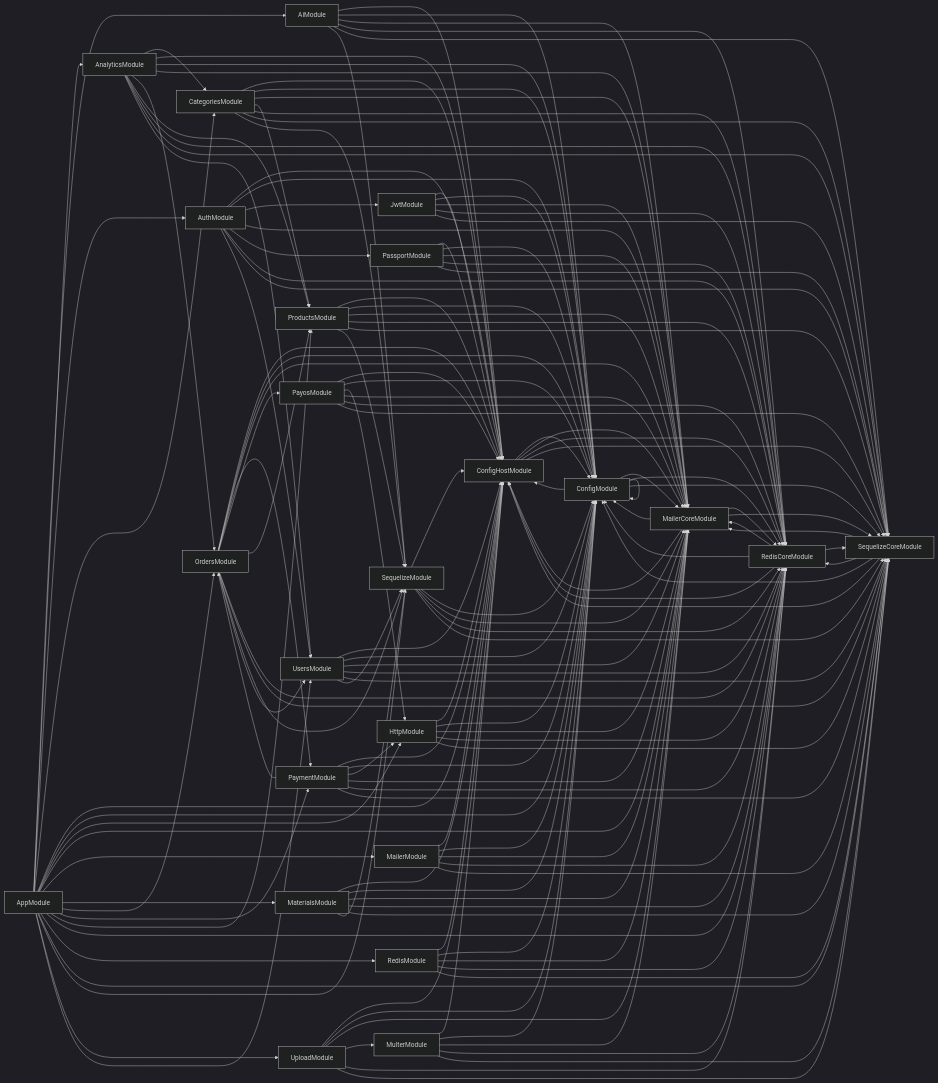
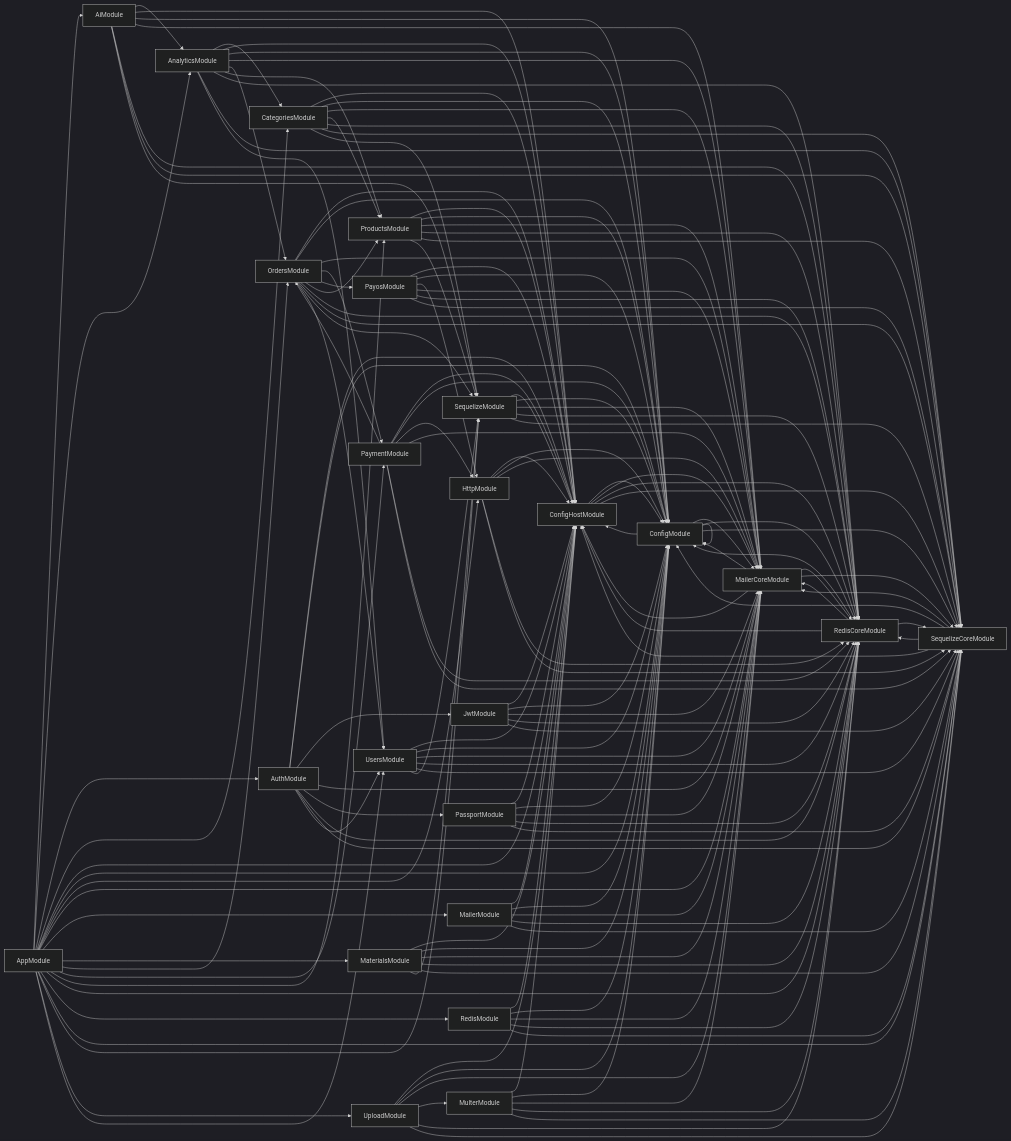
Before and after one commit to csc13001-kafi/csc13001-kafi-server: the diagram in deps.mermaid, drawn with Mermaid (dark theme). The commit also changed 5 other files, not shown here.

```diff
--- a/deps.mermaid
+++ b/deps.mermaid
@@ -1,153 +1,154 @@
 graph LR
-    AiModule-->ConfigHostModule
+    AiModule-->AnalyticsModule
+  AiModule-->ConfigHostModule
   AiModule-->ConfigModule
   AiModule-->MailerCoreModule
   AiModule-->RedisCoreModule
   AiModule-->SequelizeCoreModule
   AiModule-->SequelizeModule
   AnalyticsModule-->CategoriesModule
   AnalyticsModule-->ConfigHostModule
   AnalyticsModule-->ConfigModule
   AnalyticsModule-->MailerCoreModule
   AnalyticsModule-->OrdersModule
   AnalyticsModule-->ProductsModule
   AnalyticsModule-->RedisCoreModule
   AnalyticsModule-->SequelizeCoreModule
   AnalyticsModule-->UsersModule
   AppModule-->AiModule
   AppModule-->AnalyticsModule
   AppModule-->AuthModule
   AppModule-->CategoriesModule
   AppModule-->ConfigHostModule
   AppModule-->ConfigModule
   AppModule-->HttpModule
   AppModule-->MailerCoreModule
   AppModule-->MailerModule
   AppModule-->MaterialsModule
   AppModule-->OrdersModule
   AppModule-->PaymentModule
   AppModule-->ProductsModule
   AppModule-->RedisCoreModule
   AppModule-->RedisModule
   AppModule-->SequelizeCoreModule
   AppModule-->SequelizeModule
   AppModule-->UploadModule
   AppModule-->UsersModule
   AuthModule-->ConfigHostModule
   AuthModule-->ConfigModule
   AuthModule-->JwtModule
   AuthModule-->MailerCoreModule
   AuthModule-->PassportModule
   AuthModule-->RedisCoreModule
   AuthModule-->SequelizeCoreModule
   AuthModule-->UsersModule
   CategoriesModule-->ConfigHostModule
   CategoriesModule-->ConfigModule
   CategoriesModule-->MailerCoreModule
   CategoriesModule-->ProductsModule
   CategoriesModule-->RedisCoreModule
   CategoriesModule-->SequelizeCoreModule
   CategoriesModule-->SequelizeModule
   ConfigHostModule-->ConfigModule
   ConfigHostModule-->MailerCoreModule
   ConfigHostModule-->RedisCoreModule
   ConfigHostModule-->SequelizeCoreModule
   ConfigModule-->ConfigHostModule
   ConfigModule-->ConfigModule
   ConfigModule-->MailerCoreModule
   ConfigModule-->RedisCoreModule
   ConfigModule-->SequelizeCoreModule
   HttpModule-->ConfigHostModule
   HttpModule-->ConfigModule
   HttpModule-->MailerCoreModule
   HttpModule-->RedisCoreModule
   HttpModule-->SequelizeCoreModule
   JwtModule-->ConfigHostModule
   JwtModule-->ConfigModule
   JwtModule-->MailerCoreModule
   JwtModule-->RedisCoreModule
   JwtModule-->SequelizeCoreModule
   MailerCoreModule-->ConfigHostModule
   MailerCoreModule-->ConfigModule
   MailerCoreModule-->RedisCoreModule
   MailerCoreModule-->SequelizeCoreModule
   MailerModule-->ConfigHostModule
   MailerModule-->ConfigModule
   MailerModule-->MailerCoreModule
   MailerModule-->RedisCoreModule
   MailerModule-->SequelizeCoreModule
   MaterialsModule-->ConfigHostModule
   MaterialsModule-->ConfigModule
   MaterialsModule-->MailerCoreModule
   MaterialsModule-->RedisCoreModule
   MaterialsModule-->SequelizeCoreModule
   MaterialsModule-->SequelizeModule
   MulterModule-->ConfigHostModule
   MulterModule-->ConfigModule
   MulterModule-->MailerCoreModule
   MulterModule-->RedisCoreModule
   MulterModule-->SequelizeCoreModule
   OrdersModule-->ConfigHostModule
   OrdersModule-->ConfigModule
   OrdersModule-->MailerCoreModule
   OrdersModule-->PaymentModule
   OrdersModule-->PayosModule
   OrdersModule-->ProductsModule
   OrdersModule-->RedisCoreModule
   OrdersModule-->SequelizeCoreModule
   OrdersModule-->SequelizeModule
   OrdersModule-->UsersModule
   PassportModule-->ConfigHostModule
   PassportModule-->ConfigModule
   PassportModule-->MailerCoreModule
   PassportModule-->RedisCoreModule
   PassportModule-->SequelizeCoreModule
   PaymentModule-->ConfigHostModule
   PaymentModule-->ConfigModule
   PaymentModule-->HttpModule
   PaymentModule-->MailerCoreModule
   PaymentModule-->OrdersModule
   PaymentModule-->RedisCoreModule
   PaymentModule-->SequelizeCoreModule
   PayosModule-->ConfigHostModule
   PayosModule-->ConfigModule
   PayosModule-->HttpModule
   PayosModule-->MailerCoreModule
   PayosModule-->RedisCoreModule
   PayosModule-->SequelizeCoreModule
   ProductsModule-->ConfigHostModule
   ProductsModule-->ConfigModule
   ProductsModule-->MailerCoreModule
   ProductsModule-->RedisCoreModule
   ProductsModule-->SequelizeCoreModule
   ProductsModule-->SequelizeModule
   RedisCoreModule-->ConfigHostModule
   RedisCoreModule-->ConfigModule
   RedisCoreModule-->MailerCoreModule
   RedisCoreModule-->SequelizeCoreModule
   RedisModule-->ConfigHostModule
   RedisModule-->ConfigModule
   RedisModule-->MailerCoreModule
   RedisModule-->RedisCoreModule
   RedisModule-->SequelizeCoreModule
   SequelizeCoreModule-->ConfigHostModule
   SequelizeCoreModule-->ConfigModule
   SequelizeCoreModule-->MailerCoreModule
   SequelizeCoreModule-->RedisCoreModule
   SequelizeModule-->ConfigHostModule
   SequelizeModule-->ConfigModule
   SequelizeModule-->MailerCoreModule
   SequelizeModule-->RedisCoreModule
   SequelizeModule-->SequelizeCoreModule
   UploadModule-->ConfigHostModule
   UploadModule-->ConfigModule
   UploadModule-->MailerCoreModule
   UploadModule-->MulterModule
   UploadModule-->RedisCoreModule
   UploadModule-->SequelizeCoreModule
   UsersModule-->ConfigHostModule
   UsersModule-->ConfigModule
   UsersModule-->MailerCoreModule
   UsersModule-->RedisCoreModule
   UsersModule-->SequelizeCoreModule
   UsersModule-->SequelizeModule
```
